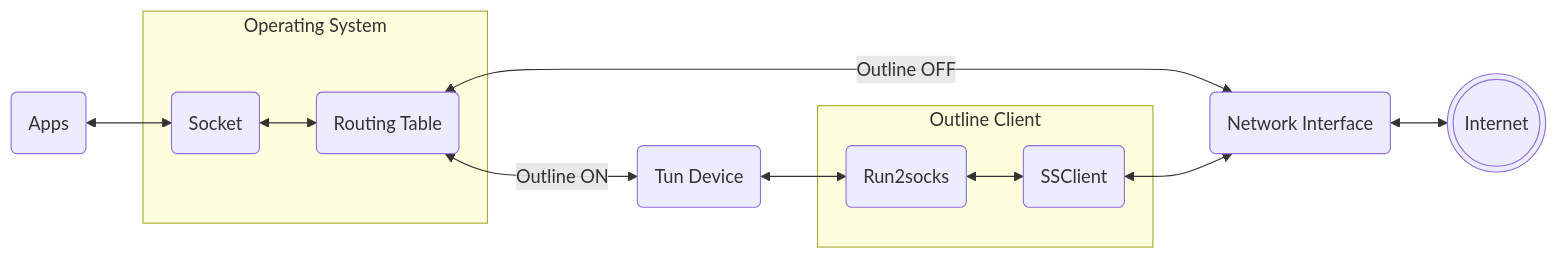
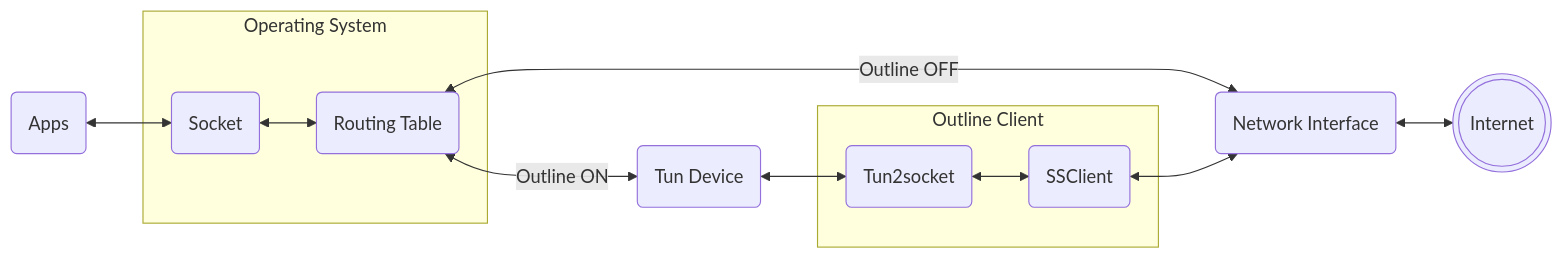
Before and after one commit to Jigsaw-Code/outline-apps: the diagram in docs/life-of-a-packet.md, drawn with Mermaid.

````diff
--- a/docs/life-of-a-packet.md
+++ b/docs/life-of-a-packet.md
@@ -3,15 +3,15 @@
 ```mermaid
 flowchart LR
   A(Apps) <--> S(Socket)
   subgraph Operating System
     S <--> R(Routing Table)
   end
   R <-- Outline OFF --> IF(Network Interface)
   IF <--> INET(((Internet)))
   R <-- Outline ON --> TUN(Tun Device)
-  TUN <--> T2S(Run2socks)
+  TUN <--> T2S(Tun2socket)
   subgraph Outline Client
     T2S <--> SC(SSClient)
   end
   SC <--> IF
 ```
````
